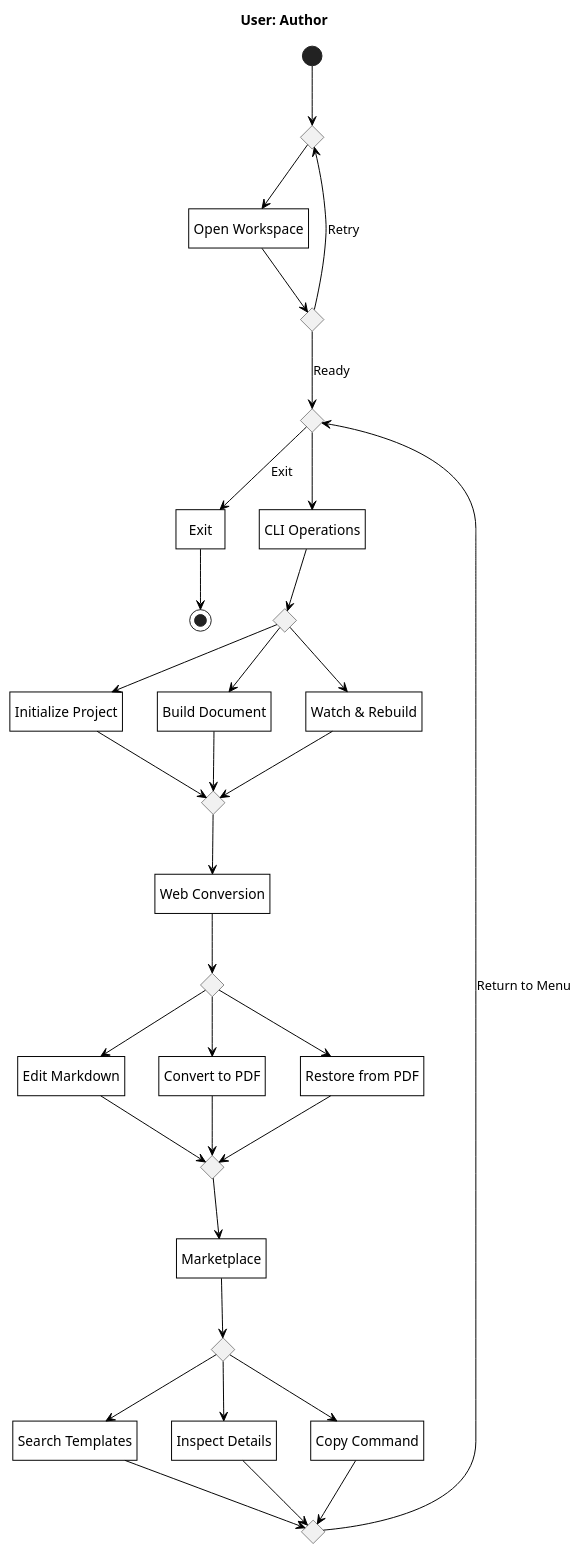
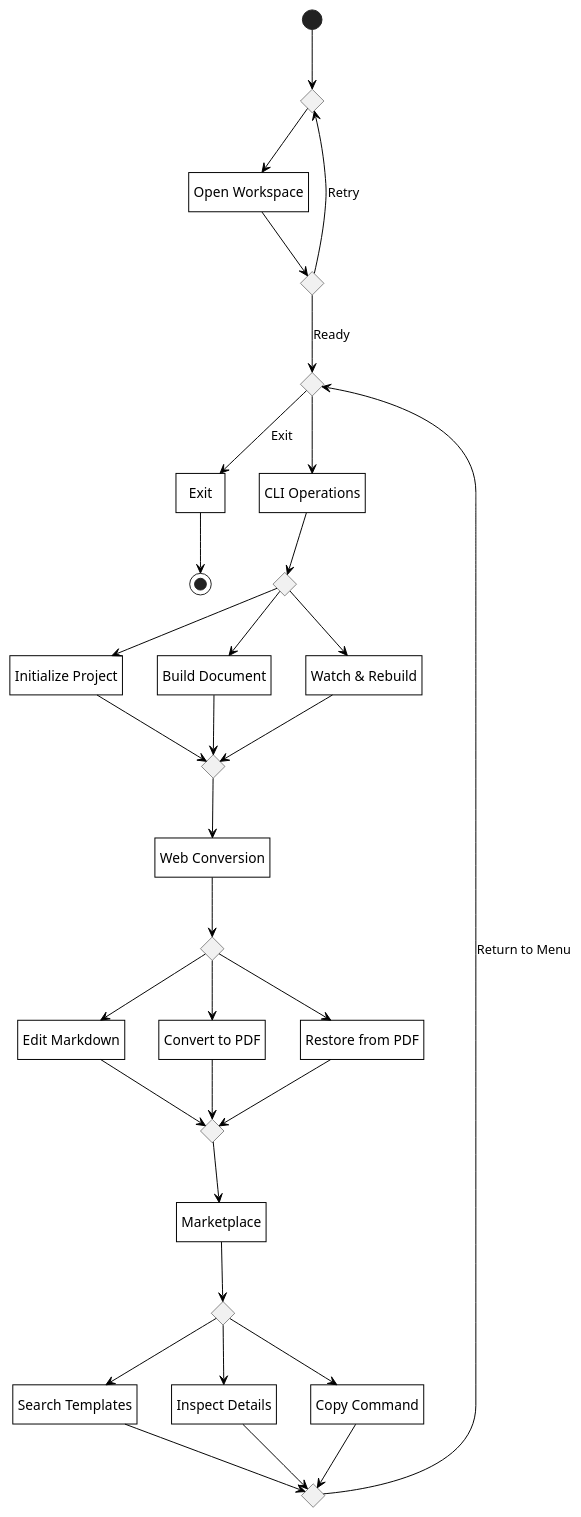
The diagram in diagrams/puml/state-machine/user-author.puml (Litho-MD/uet-fyp-docs), drawn with PlantUML before and after one commit. The commit also changed 111 other files, not shown here.

First line of the commit message:
Add TikZ support for UML diagrams and refine document structure

```diff
--- a/diagrams/puml/state-machine/user-author.puml
+++ b/diagrams/puml/state-machine/user-author.puml
@@ -1,88 +1,86 @@
-@startuml state-user-author
-title User: Author
-
+@startuml
 hide empty description
 
 skinparam monochrome true
 skinparam backgroundColor white
 skinparam shadowing false
 skinparam defaultTextAlignment center
 skinparam roundCorner 0
 skinparam ArrowColor black
 skinparam defaultFontColor black
 skinparam stateBorderThickness 1
 skinparam state {
     BackgroundColor white
     BorderColor black
     FontColor black
 }
 
 state c_start <<choice>>
 state "Open Workspace" as open_ws
 state c_auth <<choice>>
 state c_menu <<choice>>
 state "Exit" as exit_ws
 
 [*] --> c_start
 c_start --> open_ws
 open_ws --> c_auth
 c_auth --> c_menu : Ready
 c_auth --> c_start : Retry
 
 c_menu --> exit_ws : Exit
 exit_ws --> [*]
 
 ' Section 1: CLI Operations
 state "CLI Operations" as feat1
 state c_f1 <<choice>>
 state "Initialize Project" as f1_1
 state "Build Document" as f1_2
 state "Watch & Rebuild" as f1_3
 state c_f1_m <<choice>>
 
 c_menu --> feat1
 feat1 --> c_f1
 c_f1 --> f1_1
 c_f1 --> f1_2
 c_f1 --> f1_3
 f1_1 --> c_f1_m
 f1_2 --> c_f1_m
 f1_3 --> c_f1_m
 
 ' Section 2: Web Conversion
 state "Web Conversion" as feat2
 state c_f2 <<choice>>
 state "Edit Markdown" as f2_1
 state "Convert to PDF" as f2_2
 state "Restore from PDF" as f2_3
 state c_f2_m <<choice>>
 
 c_f1_m --> feat2
 feat2 --> c_f2
 c_f2 --> f2_1
 c_f2 --> f2_2
 c_f2 --> f2_3
 f2_1 --> c_f2_m
 f2_2 --> c_f2_m
 f2_3 --> c_f2_m
 
 ' Section 3: Template Marketplace
 state "Marketplace" as feat3
 state c_f3 <<choice>>
 state "Search Templates" as f3_1
 state "Inspect Details" as f3_2
 state "Copy Command" as f3_3
 state c_f3_m <<choice>>
 
 c_f2_m --> feat3
 feat3 --> c_f3
 c_f3 --> f3_1
 c_f3 --> f3_2
 c_f3 --> f3_3
 f3_1 --> c_f3_m
 f3_2 --> c_f3_m
 f3_3 --> c_f3_m
 
 c_f3_m --> c_menu : Return to Menu
 
 @enduml
```
